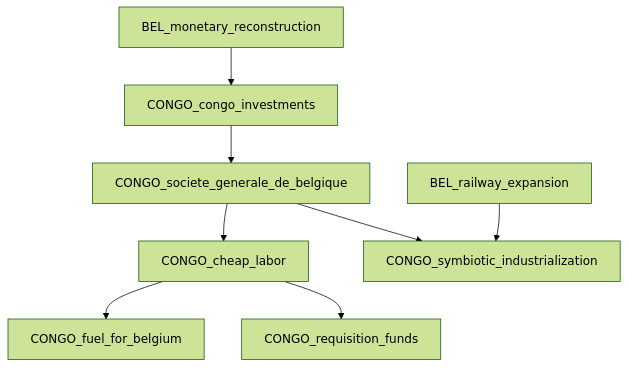
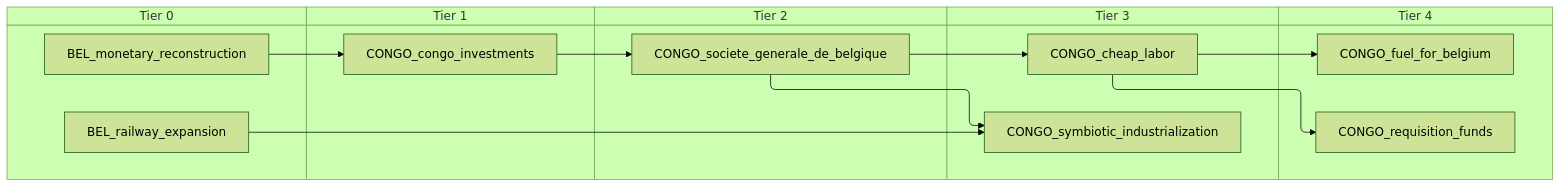
Before and after one commit to evgeny-sobol/hoi4-sandbox-mode-r56: the second of 2 diagrams in docs/gdd/National Focuses/r56/congo_shared.md, drawn with Mermaid (forest theme). The commit also changed other lines of this file and 423 other files, not shown here.

First line of the commit message:
Re-export Rt56 focus trees as swimlane diagrams

````diff
--- a/docs/gdd/National Focuses/r56/congo_shared.md
+++ b/docs/gdd/National Focuses/r56/congo_shared.md
@@ -154,18 +168,28 @@
 ```mermaid
-flowchart TD
-    n69["BEL_monetary_reconstruction"]
-    n70["BEL_railway_expansion"]
-    n71["CONGO_cheap_labor"]
-    n15["CONGO_congo_investments"]
-    n72["CONGO_fuel_for_belgium"]
-    n73["CONGO_requisition_funds"]
-    n62["CONGO_societe_generale_de_belgique"]
-    n74["CONGO_symbiotic_industrialization"]
-    n62 --> n71
-    n69 --> n15
-    n71 --> n72
+swimlane-beta TD
+    subgraph tier_0["Tier 0"]
+        n69["BEL_monetary_reconstruction"]
+        n70["BEL_railway_expansion"]
+    end
+    subgraph tier_1["Tier 1"]
+        n2["CONGO_congo_investments"]
+    end
+    subgraph tier_2["Tier 2"]
+        n3["CONGO_societe_generale_de_belgique"]
+    end
+    subgraph tier_3["Tier 3"]
+        n71["CONGO_cheap_labor"]
+        n72["CONGO_symbiotic_industrialization"]
+    end
+    subgraph tier_4["Tier 4"]
+        n73["CONGO_fuel_for_belgium"]
+        n74["CONGO_requisition_funds"]
+    end
+    n3 --> n71
+    n69 --> n2
     n71 --> n73
-    n15 --> n62
-    n62 --> n74
-    n70 --> n74
+    n71 --> n74
+    n2 --> n3
+    n3 --> n72
+    n70 --> n72
 ```
````
